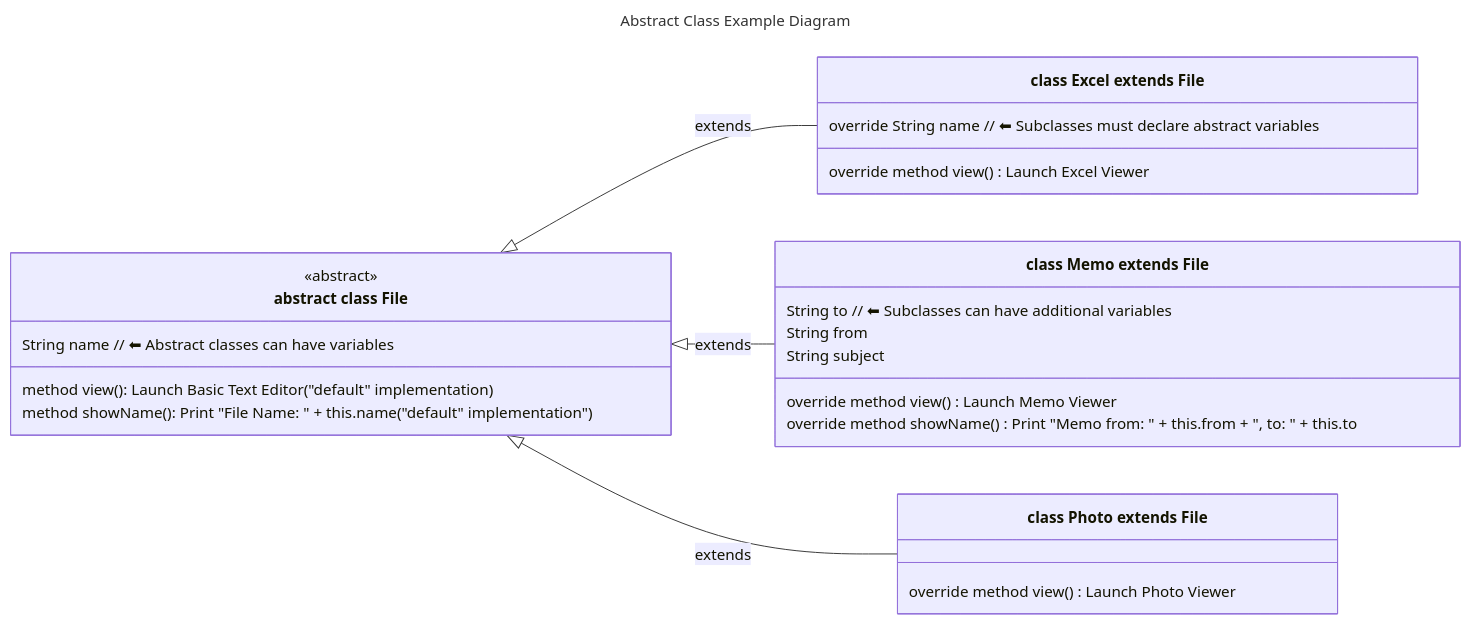
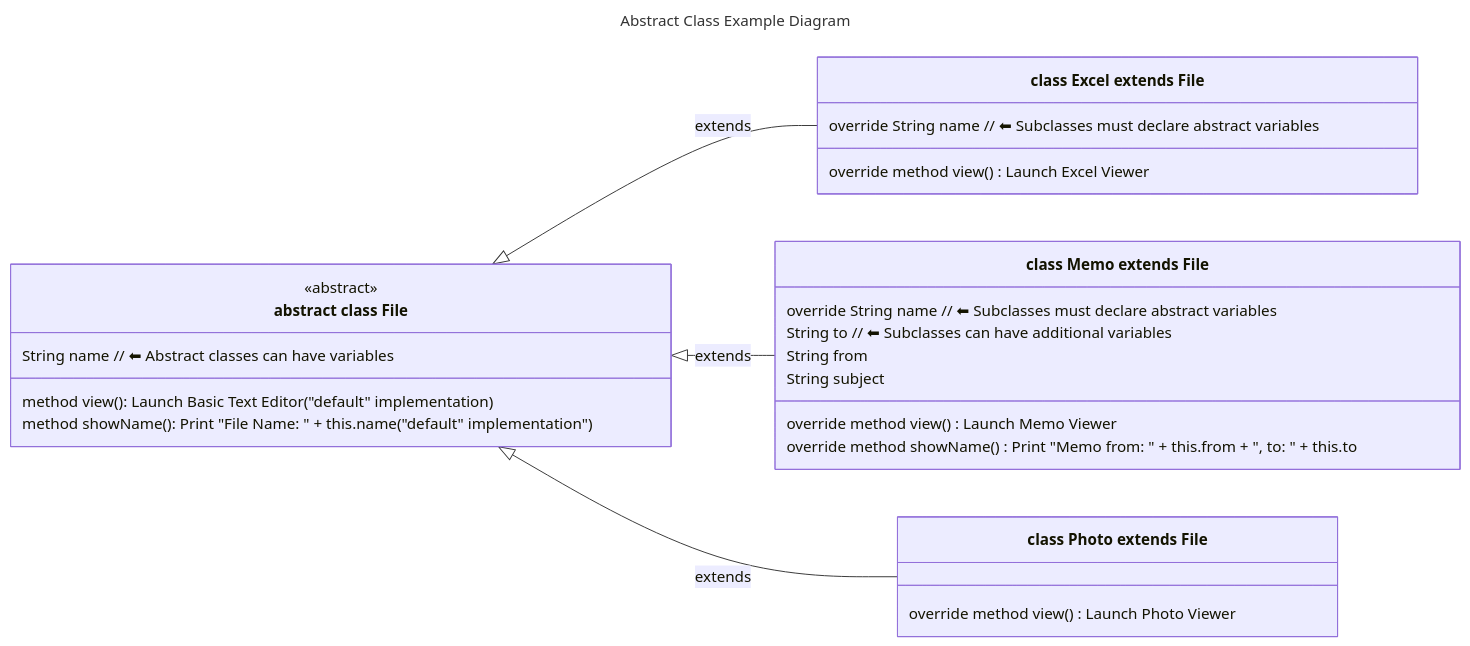
One commit to realityexpander/How_to_program_from_ground_up changed the fifth of 7 diagrams in 09-ClassOrientedProgramming.md. Above: the diagram before and after it, drawn with Mermaid. The commit also changed other lines of this file and 1 other file, not shown here.

````diff
--- a/09-ClassOrientedProgramming.md
+++ b/09-ClassOrientedProgramming.md
@@ -419,33 +424,34 @@
     ```mermaid
     ---
     title: Abstract Class Example Diagram
       
     ---
     classDiagram
     direction LR
     File <|-- Excel : extends
     File <|-- Memo : extends
     File <|-- Photo : extends
       
     class File["abstract class File"] {
         String name  // ⬅︎ Abstract classes can have variables
         method view(): Launch Basic Text Editor ("default" implementation)
         method showName(): Print "File Name: " + this.name ("default" implementation")
     }
     <<abstract>> File 
       
     class Excel["class Excel extends File"] {
         override String name // ⬅︎ Subclasses must declare abstract variables
         override method view() Launch Excel Viewer
     }
     class Memo["class Memo extends File"] {
+        override String name // ⬅︎ Subclasses must declare abstract variables
         String to  // ⬅︎ Subclasses can have additional variables
         String from
         String subject
         override method view() Launch Memo Viewer
         override method showName() Print "Memo from: " + this.from + ", to: " + this.to
     }
     class Photo["class Photo extends File"] {
         override method view() Launch Photo Viewer
     }
     ```
````
